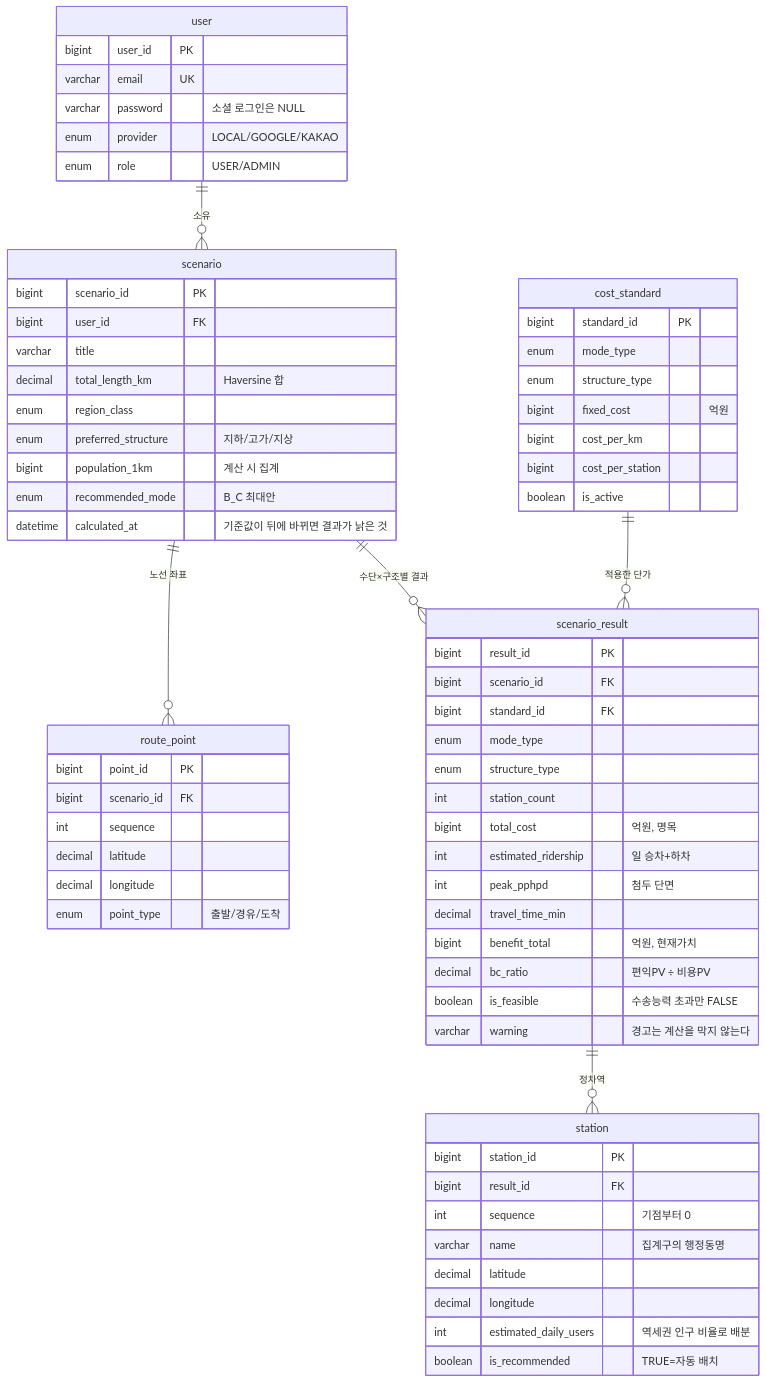
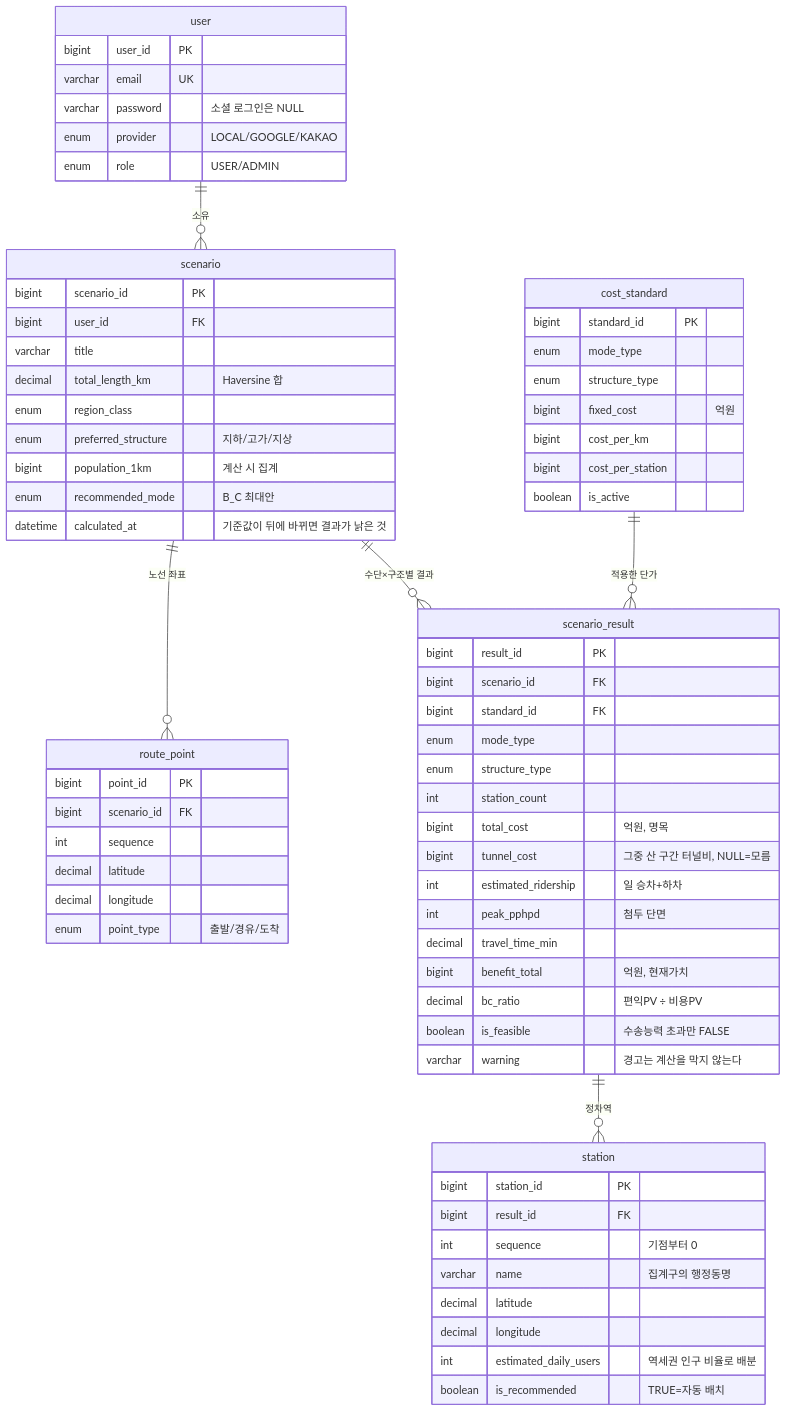
One commit to sinsun030508/Map-based-Urban-Rail-Feasibility-Simulator changed the first of 2 diagrams in docs/erd.md. Above: the diagram before and after it, drawn with Mermaid. The commit also changed 18 other files, not shown here.

````diff
--- a/docs/erd.md
+++ b/docs/erd.md
@@ -40,70 +40,71 @@
 ```mermaid
 erDiagram
     user ||--o{ scenario : "소유"
     scenario ||--o{ route_point : "노선 좌표"
     scenario ||--o{ scenario_result : "수단×구조별 결과"
     scenario_result ||--o{ station : "정차역"
     cost_standard ||--o{ scenario_result : "적용한 단가"
 
     user {
         bigint user_id PK
         varchar email UK
         varchar password "소셜 로그인은 NULL"
         enum provider "LOCAL/GOOGLE/KAKAO"
         enum role "USER/ADMIN"
     }
     scenario {
         bigint scenario_id PK
         bigint user_id FK
         varchar title
         decimal total_length_km "Haversine 합"
         enum region_class
         enum preferred_structure "지하/고가/지상"
         bigint population_1km "계산 시 집계"
         enum recommended_mode "B_C 최대안"
         datetime calculated_at "기준값이 뒤에 바뀌면 결과가 낡은 것"
     }
     route_point {
         bigint point_id PK
         bigint scenario_id FK
         int sequence
         decimal latitude
         decimal longitude
         enum point_type "출발/경유/도착"
     }
     scenario_result {
         bigint result_id PK
         bigint scenario_id FK
         bigint standard_id FK
         enum mode_type
         enum structure_type
         int station_count
         bigint total_cost "억원, 명목"
+        bigint tunnel_cost "그중 산 구간 터널비, NULL=모름"
         int estimated_ridership "일 승차+하차"
         int peak_pphpd "첨두 단면"
         decimal travel_time_min
         bigint benefit_total "억원, 현재가치"
         decimal bc_ratio "편익PV ÷ 비용PV"
         boolean is_feasible "수송능력 초과만 FALSE"
         varchar warning "경고는 계산을 막지 않는다"
     }
     station {
         bigint station_id PK
         bigint result_id FK
         int sequence "기점부터 0"
         varchar name "집계구의 행정동명"
         decimal latitude
         decimal longitude
         int estimated_daily_users "역세권 인구 비율로 배분"
         boolean is_recommended "TRUE=자동 배치"
     }
     cost_standard {
         bigint standard_id PK
         enum mode_type
         enum structure_type
         bigint fixed_cost "억원"
         bigint cost_per_km
         bigint cost_per_station
         boolean is_active
     }
 ```
````
